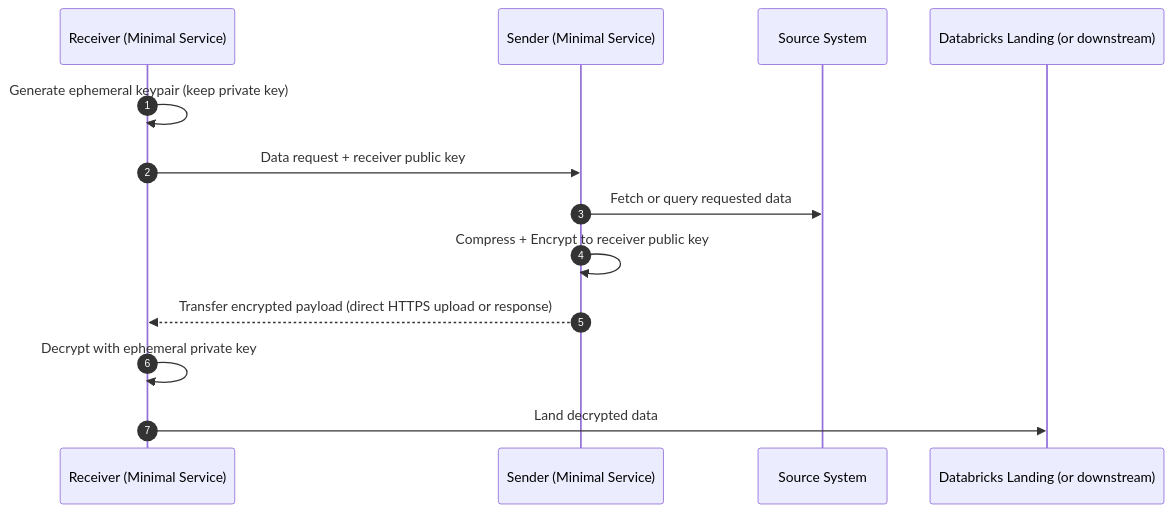
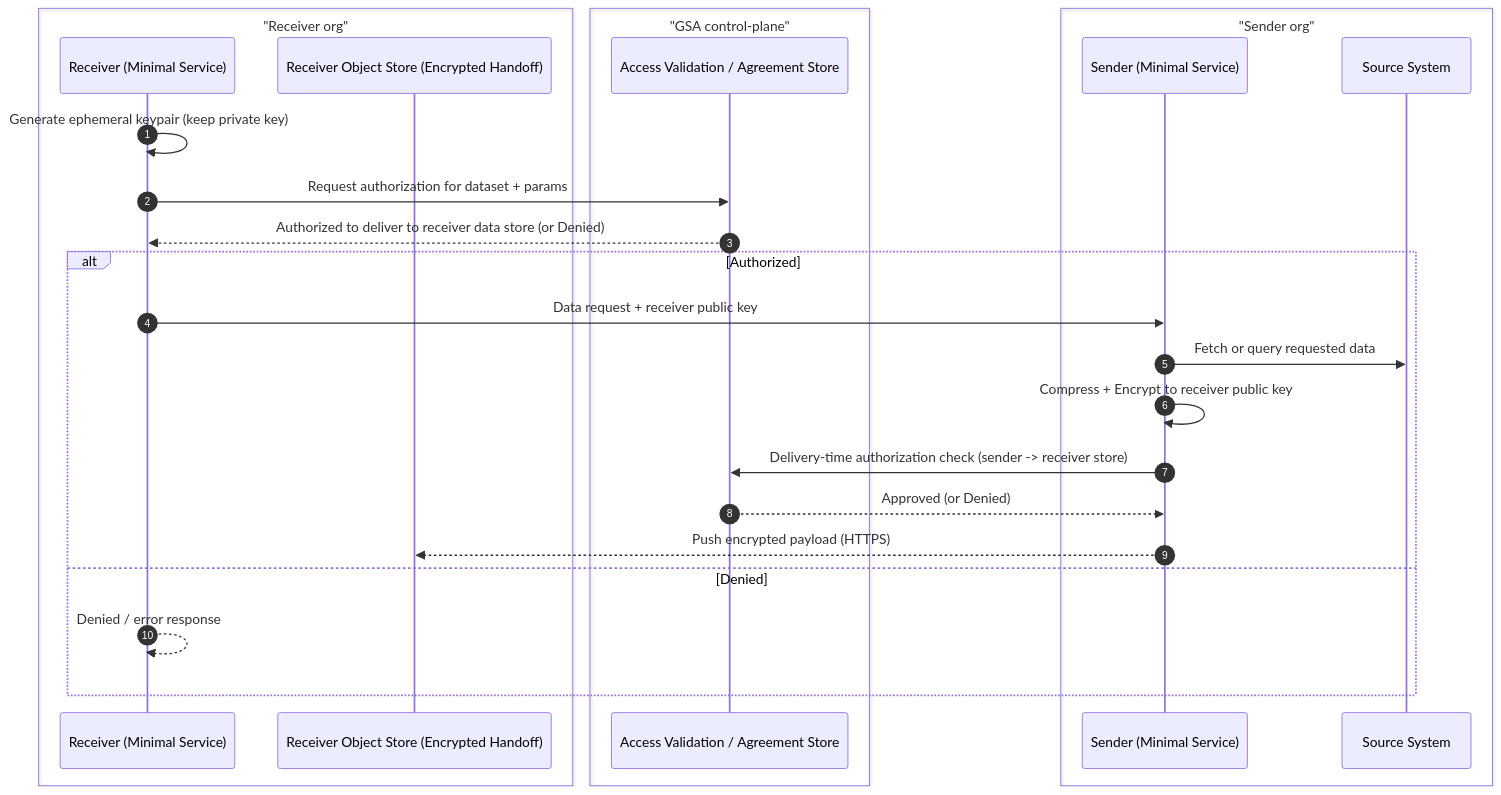
One commit to GSA-TTS/TTSE-Redwood changed the seventh of 8 diagrams in docs/adr/0001-fde-architecture-diagrams.md. Above: the diagram before and after it, drawn with Mermaid. The commit also changed other lines of this file and 1 other file, not shown here.

First line of the commit message:
adr: simplify zero-trust transfer diagrams and align v0.02 text

````diff
--- a/docs/adr/0001-fde-architecture-diagrams.md
+++ b/docs/adr/0001-fde-architecture-diagrams.md
@@ -191,16 +207,30 @@
 ```mermaid
 sequenceDiagram
   autonumber
-  participant R as Receiver (Minimal Service)
-  participant S as Sender (Minimal Service)
-  participant SRC as Source System
-  participant D as Databricks Landing (or downstream)
+  box "Receiver org"
+    participant R as Receiver (Minimal Service)
+    participant ROS as Receiver Object Store (Encrypted Handoff)
+  end
+  box "GSA control-plane"
+    participant AV as Access Validation / Agreement Store
+  end
+  box "Sender org"
+    participant S as Sender (Minimal Service)
+    participant SRC as Source System
+  end
 
   R->>R: Generate ephemeral keypair (keep private key)
-  R->>S: Data request + receiver public key
-  S->>SRC: Fetch or query requested data
-  S->>S: Compress + Encrypt to receiver public key
-  S-->>R: Transfer encrypted payload (direct HTTPS upload or response)
-  R->>R: Decrypt with ephemeral private key
-  R->>D: Land decrypted data
+  R->>AV: Request authorization for dataset + params
+  AV-->>R: Authorized to deliver to receiver data store (or Denied)
+
+  alt Authorized
+    R->>S: Data request + receiver public key
+    S->>SRC: Fetch or query requested data
+    S->>S: Compress + Encrypt to receiver public key
+    S->>AV: Delivery-time authorization check (sender -> receiver store)
+    AV-->>S: Approved (or Denied)
+    S-->>ROS: Push encrypted payload (HTTPS)
+  else Denied
+    R-->>R: Denied / error response
+  end
 ```
````
